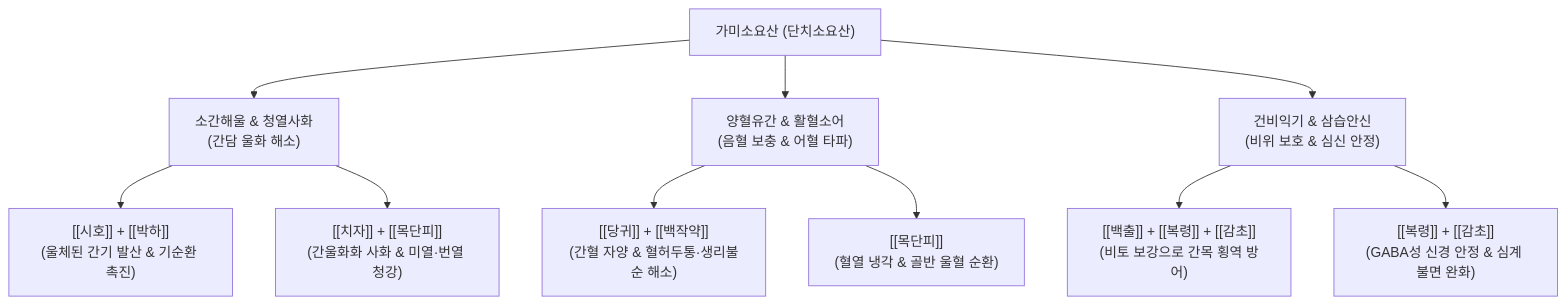
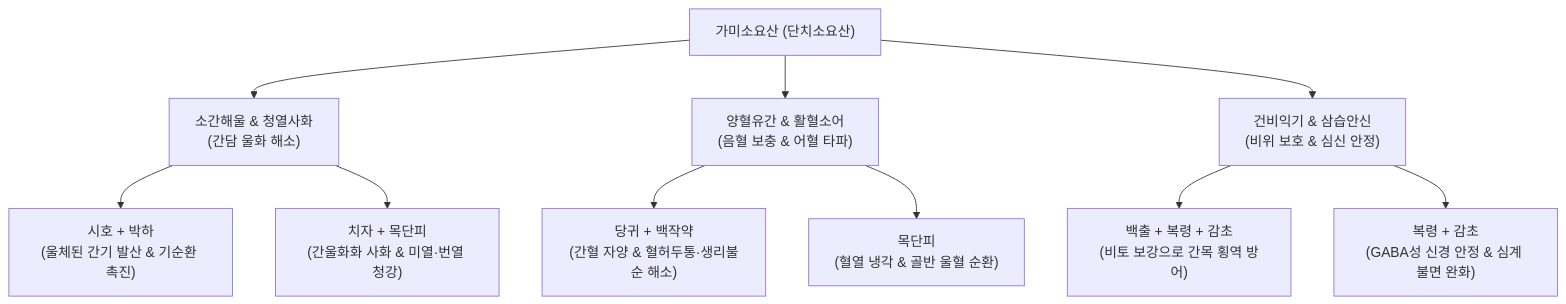
Before and after one commit to simbio11/simbio-digital-garden2: the diagram in content/2. 약리 공부/처방/04_이기·화해제/가미소요산.md, drawn with Mermaid. The commit also changed other lines of this file and 122 other files, not shown here.

````diff
--- a/content/2. 약리 공부/처방/04_이기·화해제/가미소요산.md
+++ b/content/2. 약리 공부/처방/04_이기·화해제/가미소요산.md
@@ -66,15 +66,15 @@
 ```mermaid
 graph TD
     A["가미소요산 (단치소요산)"] --> B["소간해울 & 청열사화<br/>(간담 울화 해소)"]
     A --> C["양혈유간 & 활혈소어<br/>(음혈 보충 & 어혈 타파)"]
     A --> D["건비익기 & 삼습안신<br/>(비위 보호 & 심신 안정)"]
 
-    B --> B1["[[시호]] + [[박하]]<br/>(울체된 간기 발산 & 기순환 촉진)"]
-    B --> B2["[[치자]] + [[목단피]]<br/>(간울화화 사화 & 미열·번열 청강)"]
+    B --> B1["시호 + 박하<br/>(울체된 간기 발산 & 기순환 촉진)"]
+    B --> B2["치자 + 목단피<br/>(간울화화 사화 & 미열·번열 청강)"]
 
-    C --> C1["[[당귀]] + [[백작약]]<br/>(간혈 자양 & 혈허두통·생리불순 해소)"]
-    C --> C2["[[목단피]]<br/>(혈열 냉각 & 골반 울혈 순환)"]
+    C --> C1["당귀 + 백작약<br/>(간혈 자양 & 혈허두통·생리불순 해소)"]
+    C --> C2["목단피<br/>(혈열 냉각 & 골반 울혈 순환)"]
 
-    D --> D1["[[백출]] + [[복령]] + [[감초]]<br/>(비토 보강으로 간목 횡역 방어)"]
-    D --> D2["[[복령]] + [[감초]]<br/>(GABA성 신경 안정 & 심계 불면 완화)"]
+    D --> D1["백출 + 복령 + 감초<br/>(비토 보강으로 간목 횡역 방어)"]
+    D --> D2["복령 + 감초<br/>(GABA성 신경 안정 & 심계 불면 완화)"]
 ```
````
